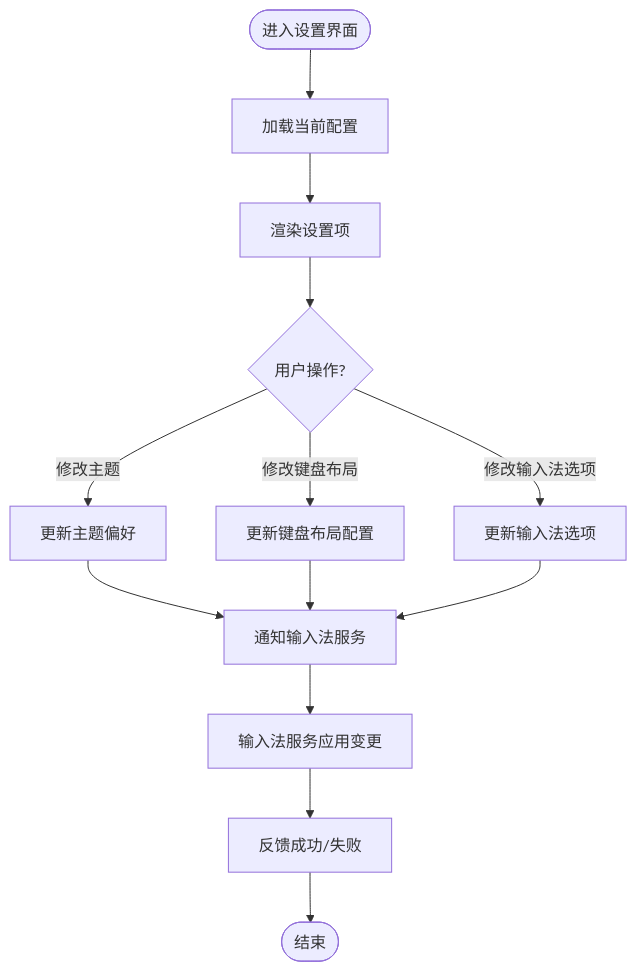
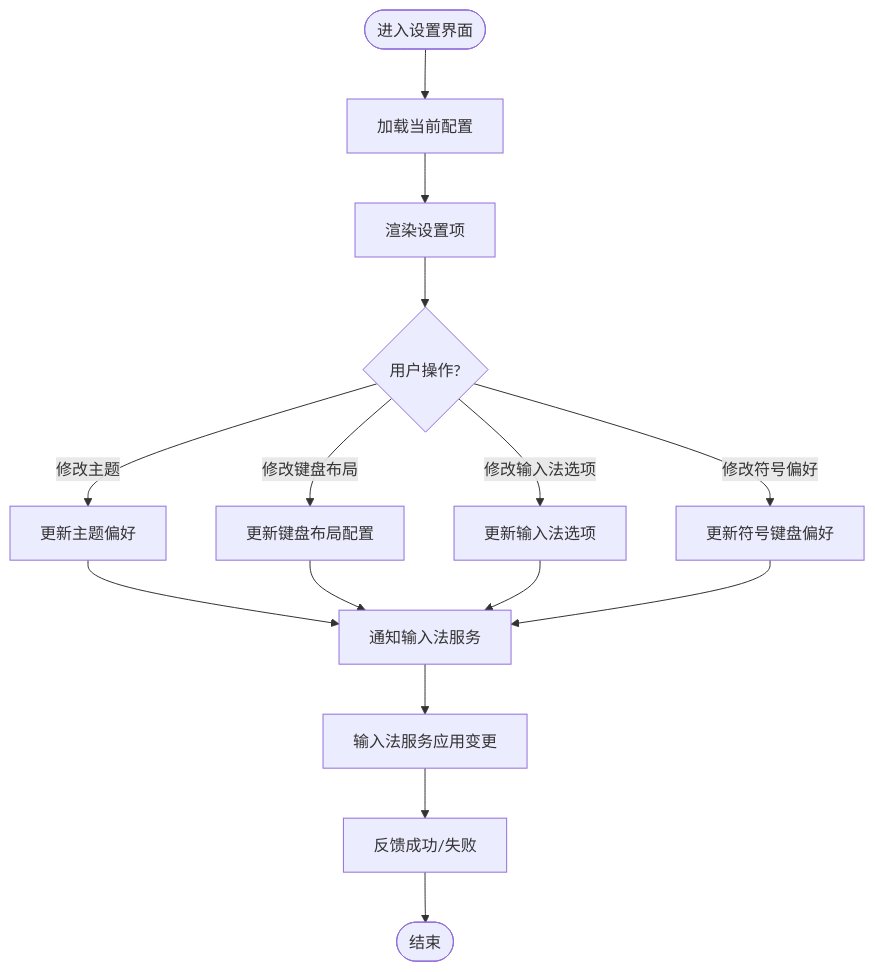
One commit to qiaodashaoye/ziyou-ime changed the third of 8 diagrams in .qoder/repowiki/zh/content/架构设计/分层架构设计/UI 层设计/设置界面 (SettingsActivity).md. Above: the diagram before and after it, drawn with Mermaid. The commit also changed other lines of this file and 4 other files, not shown here.

Commit message:
docs(repowiki): 同步 AI 面板/图片发送/符号键盘 架构文档

````diff
--- a/.qoder/repowiki/zh/content/架构设计/分层架构设计/UI 层设计/设置界面 (SettingsActivity).md
+++ b/.qoder/repowiki/zh/content/架构设计/分层架构设计/UI 层设计/设置界面 (SettingsActivity).md
@@ -136,15 +159,17 @@
 ```mermaid
 flowchart TD
 Start(["进入设置界面"]) --> Load["加载当前配置"]
 Load --> Render["渲染设置项"]
 Render --> UserAction{"用户操作?"}
 UserAction --> |修改主题| UpdateTheme["更新主题偏好"]
 UserAction --> |修改键盘布局| UpdateKB["更新键盘布局配置"]
 UserAction --> |修改输入法选项| UpdateIME["更新输入法选项"]
+UserAction --> |修改符号偏好| UpdateSymbols["更新符号键盘偏好"]
 UpdateTheme --> Notify["通知输入法服务"]
 UpdateKB --> Notify
 UpdateIME --> Notify
+UpdateSymbols --> Notify
 Notify --> Apply["输入法服务应用变更"]
 Apply --> Feedback["反馈成功/失败"]
 Feedback --> End(["结束"])
 ```
````
